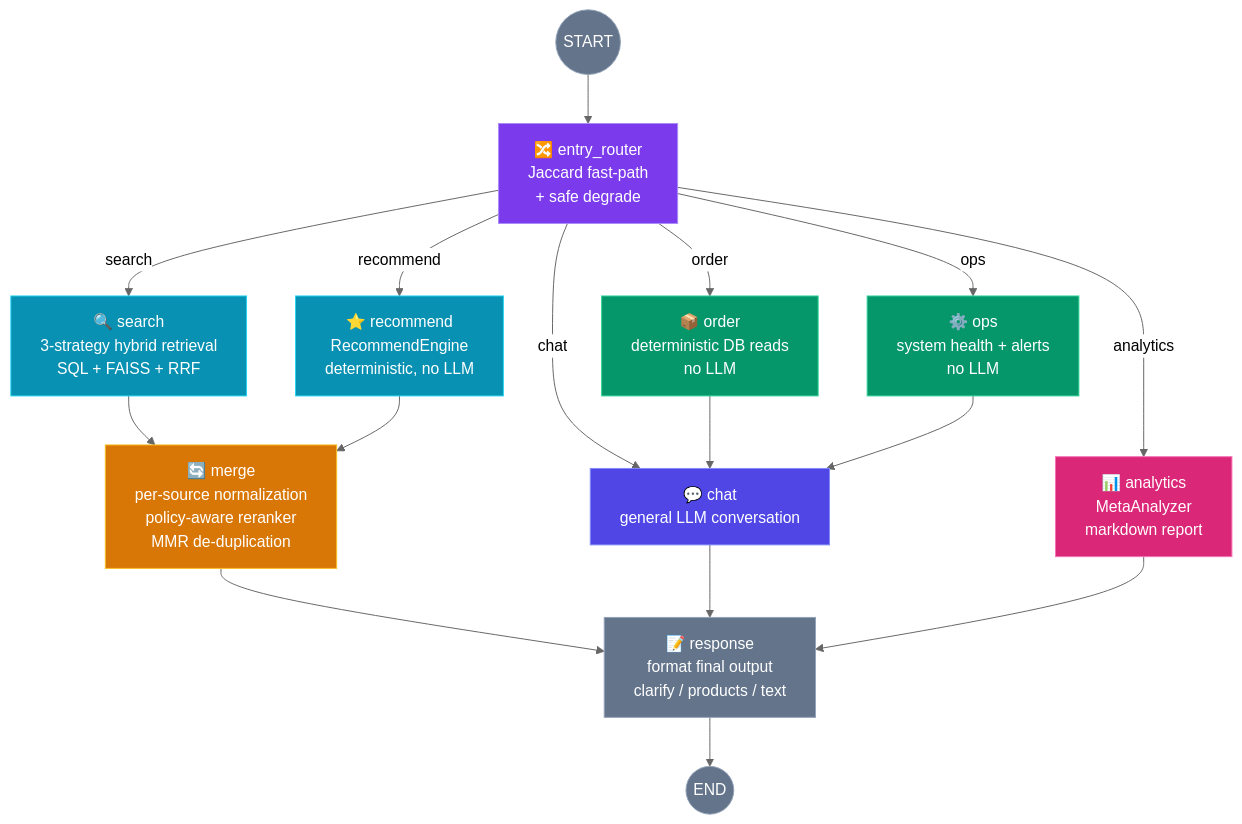
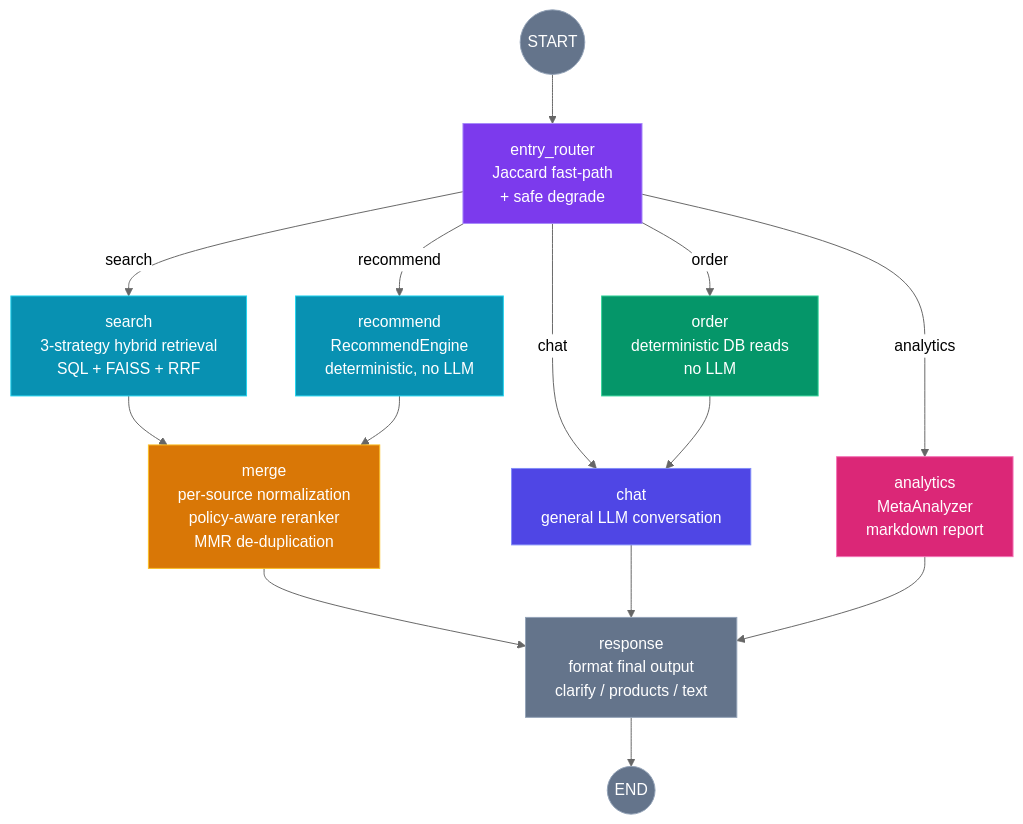
One commit to Wayne-git802/shopease-agent changed the diagram in README.md. Above: the diagram before and after it, drawn with Mermaid (neutral theme). The commit also changed other lines of this file, not shown here.

Commit message:
docs: clean up architecture diagram - remove emojis, drop unused ops node

````diff
--- a/README.md
+++ b/README.md
@@ -18,37 +18,34 @@
 ```mermaid
 graph TB
     Start((START)) --> EntryRouter
 
-    EntryRouter["🔀 entry_router<br/>Jaccard fast-path<br/>+ safe degrade"] 
+    EntryRouter["entry_router<br/>Jaccard fast-path<br/>+ safe degrade"]
 
-    EntryRouter -->|"search"| Search["🔍 search<br/>3-strategy hybrid retrieval<br/>SQL + FAISS + RRF"]
-    EntryRouter -->|"recommend"| Recommend["⭐ recommend<br/>RecommendEngine<br/>deterministic, no LLM"]
-    EntryRouter -->|"order"| Order["📦 order<br/>deterministic DB reads<br/>no LLM"]
-    EntryRouter -->|"ops"| Ops["⚙️ ops<br/>system health + alerts<br/>no LLM"]
-    EntryRouter -->|"analytics"| Analytics["📊 analytics<br/>MetaAnalyzer<br/>markdown report"]
-    EntryRouter -->|"chat"| Chat["💬 chat<br/>general LLM conversation"]
+    EntryRouter -->|"search"| Search["search<br/>3-strategy hybrid retrieval<br/>SQL + FAISS + RRF"]
+    EntryRouter -->|"recommend"| Recommend["recommend<br/>RecommendEngine<br/>deterministic, no LLM"]
+    EntryRouter -->|"order"| Order["order<br/>deterministic DB reads<br/>no LLM"]
+    EntryRouter -->|"analytics"| Analytics["analytics<br/>MetaAnalyzer<br/>markdown report"]
+    EntryRouter -->|"chat"| Chat["chat<br/>general LLM conversation"]
 
     Search --> Merge
     Recommend --> Merge
 
-    Merge["🔄 merge<br/>per-source normalization<br/>policy-aware reranker<br/>MMR de-duplication"] --> Response
+    Merge["merge<br/>per-source normalization<br/>policy-aware reranker<br/>MMR de-duplication"] --> Response
 
     Order --> Chat
-    Ops --> Chat
     Chat --> Response
     Analytics --> Response
 
-    Response["📝 response<br/>format final output<br/>clarify / products / text"] --> End((END))
+    Response["response<br/>format final output<br/>clarify / products / text"] --> End((END))
 
     style Start fill:#64748b,stroke:#94a3b8,color:#fff
     style End fill:#64748b,stroke:#94a3b8,color:#fff
     style EntryRouter fill:#7c3aed,stroke:#a78bfa,color:#fff
     style Search fill:#0891b2,stroke:#22d3ee,color:#fff
     style Recommend fill:#0891b2,stroke:#22d3ee,color:#fff
     style Merge fill:#d97706,stroke:#fbbf24,color:#fff
     style Order fill:#059669,stroke:#34d399,color:#fff
-    style Ops fill:#059669,stroke:#34d399,color:#fff
     style Analytics fill:#db2777,stroke:#f472b6,color:#fff
     style Chat fill:#4f46e5,stroke:#818cf8,color:#fff
     style Response fill:#64748b,stroke:#94a3b8,color:#fff
 ```
````
